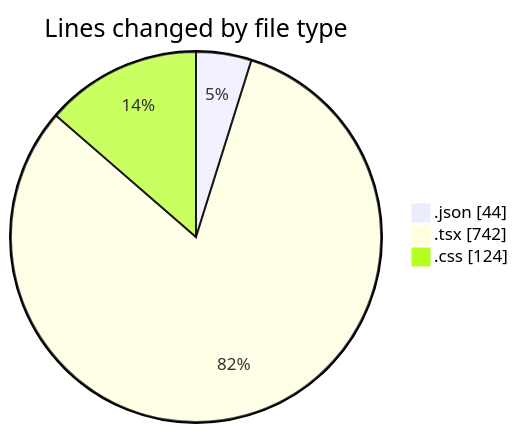
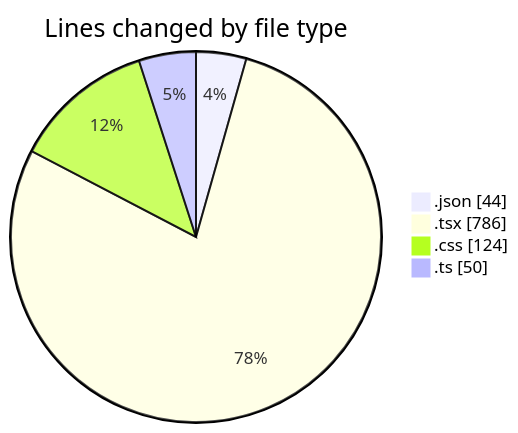
One commit to robertbonfada/code-tracking changed the first of 2 diagrams in 2025-03-18/peregrino-web/README.md. Above: the diagram before and after it, drawn with Mermaid. The commit also changed other lines of this file and 1 other file, not shown here.

````diff
--- a/2025-03-18/peregrino-web/README.md
+++ b/2025-03-18/peregrino-web/README.md
@@ -29,7 +30,8 @@
 ```mermaid
 pie showData
 title Lines changed by file type
 ".json" : 44
-".tsx" : 742
+".tsx" : 786
 ".css" : 124
+".ts" : 50
 ```
````
